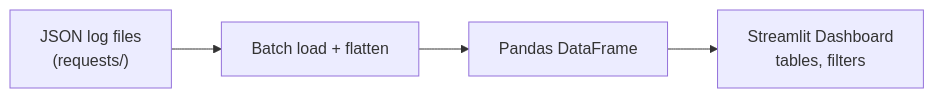
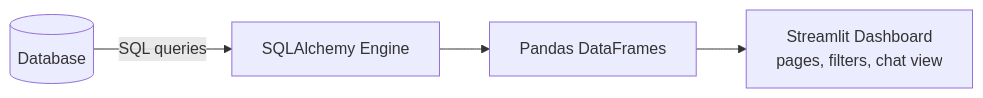
Before and after one commit to bitspire-team/bitspire-learn: the diagram in docs/analytics.md, drawn with Mermaid. The commit also changed other lines of this file and 24 other files, not shown here.

````diff
--- a/docs/analytics.md
+++ b/docs/analytics.md
@@ -13,6 +13,6 @@
 ```mermaid
 flowchart LR
-    Logs["JSON log files<br/>(requests/)"] --> Load["Batch load + flatten"]
-    Load --> DF["Pandas DataFrame"]
-    DF --> UI["Streamlit Dashboard<br/>tables, filters"]
+    DB[(Database)] -->|SQL queries| Engine["SQLAlchemy Engine"]
+    Engine --> DF["Pandas DataFrames"]
+    DF --> UI["Streamlit Dashboard<br/>pages, filters, chat view"]
 ```
````
